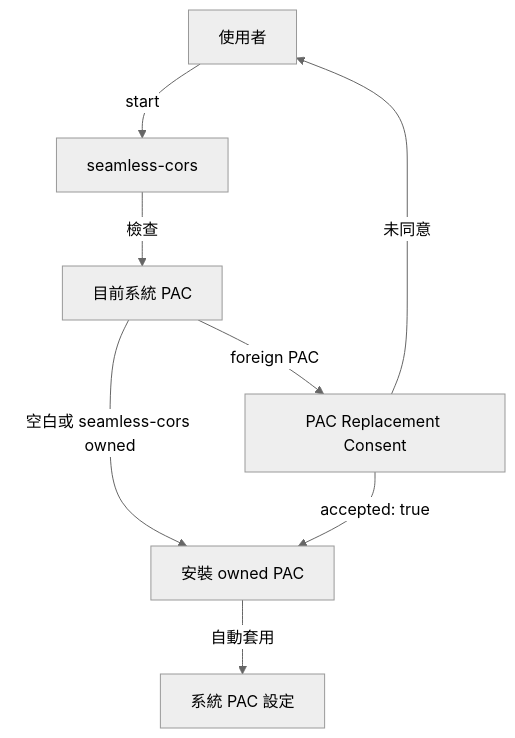
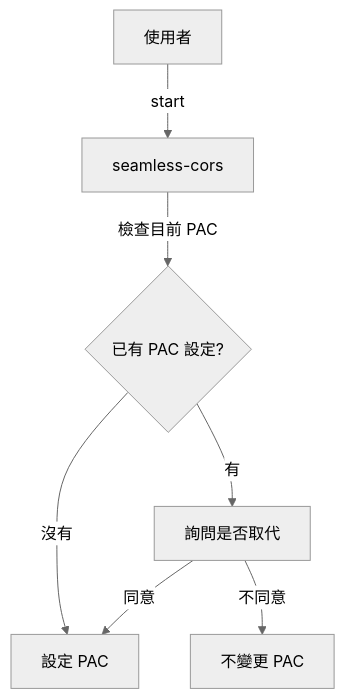
One commit to QzCurious/seamless-cors changed the third of 7 diagrams in diagrams/v4.md. Above: the diagram before and after it, drawn with Mermaid (neutral theme). The commit also changed other lines of this file and 3 other files, not shown here.

Commit message:
update diagrams

````diff
--- a/diagrams/v4.md
+++ b/diagrams/v4.md
@@ -36,17 +36,16 @@
 ```mermaid
 flowchart TD
   User[使用者]
   SeamlessCors[seamless-cors]
-  CurrentPAC[目前系統 PAC]
-  Consent[PAC Replacement Consent]
-  Install[安裝 owned PAC]
-  SystemPAC[系統 PAC 設定]
+  CurrentPAC{已有 PAC 設定?}
+  Ask[詢問是否取代]
+  SetPAC[設定 PAC]
+  NoChange[不變更 PAC]
 
   User -->|start| SeamlessCors
-  SeamlessCors -->|檢查| CurrentPAC
-  CurrentPAC -->|空白或 seamless-cors owned| Install
-  CurrentPAC -->|foreign PAC| Consent
-  Consent -->|accepted: true| Install
-  Consent -->|未同意| User
-  Install -->|自動套用| SystemPAC
+  SeamlessCors -->|檢查目前 PAC| CurrentPAC
+  CurrentPAC -->|沒有| SetPAC
+  CurrentPAC -->|有| Ask
+  Ask -->|同意| SetPAC
+  Ask -->|不同意| NoChange
 ```
````
